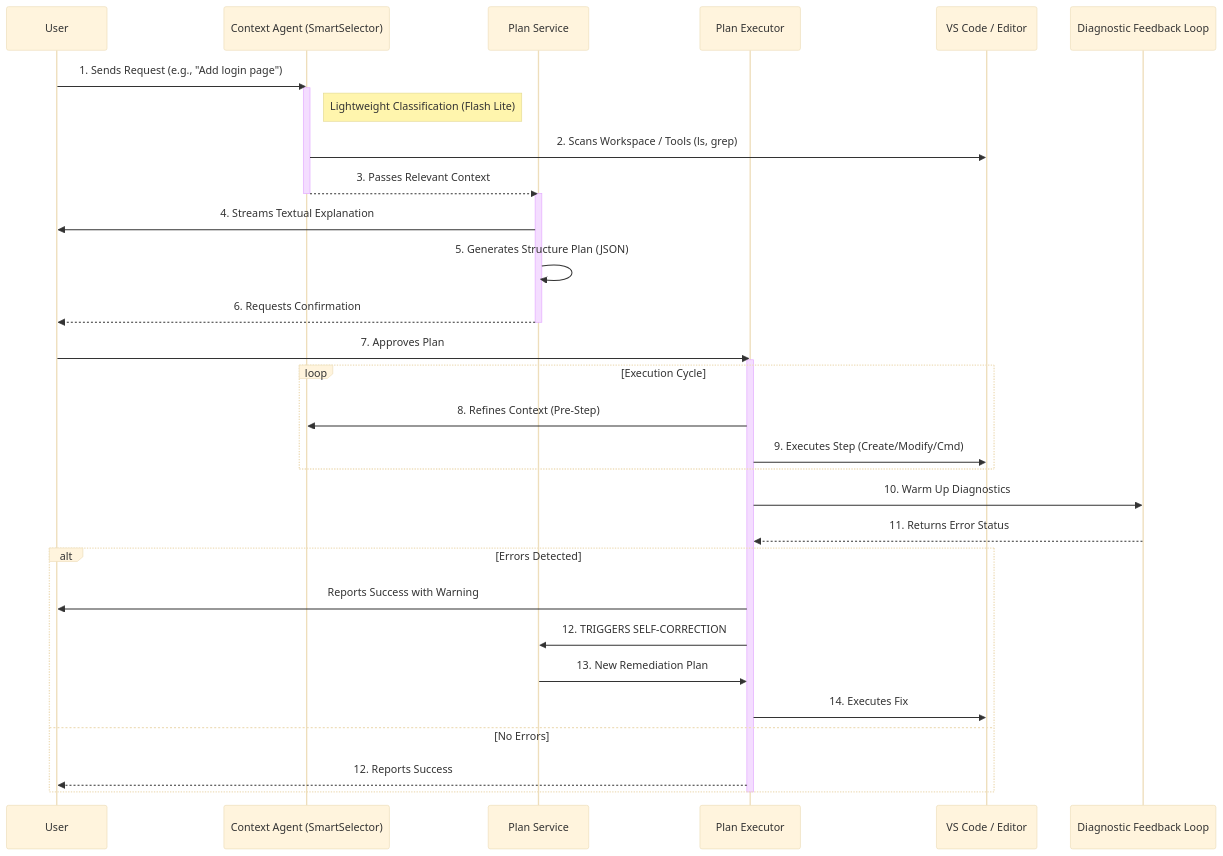
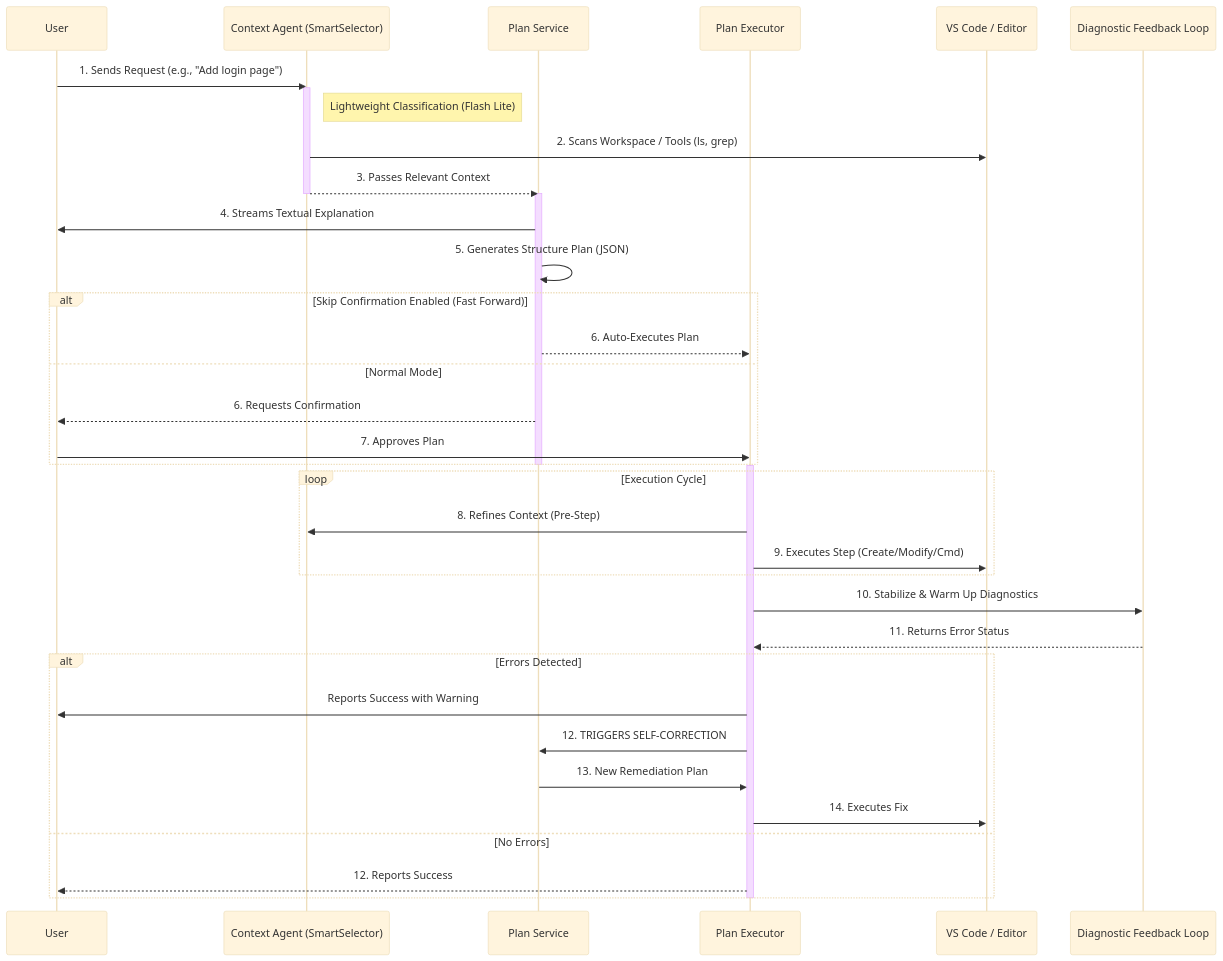
One commit to Quarantiine/minovative-mind-vscode changed the diagram in WORKFLOW_LIFECYCLE.md. Above: the diagram before and after it, drawn with Mermaid (base theme). The commit also changed other lines of this file and 29 other files, not shown here.

````diff
--- a/WORKFLOW_LIFECYCLE.md
+++ b/WORKFLOW_LIFECYCLE.md
@@ -7,44 +7,48 @@
 ```mermaid
 sequenceDiagram
     participant User
     participant ContextAgent as Context Agent (SmartSelector)
     participant Planner as Plan Service
     participant Executor as Plan Executor
     participant VSCode as VS Code / Editor
     participant Diagnostics as Diagnostic Feedback Loop
 
     User->>ContextAgent: 1. Sends Request (e.g., "Add login page")
 
     activate ContextAgent
     Note right of ContextAgent: Lightweight Classification (Flash Lite)
     ContextAgent->>VSCode: 2. Scans Workspace / Tools (ls, grep)
     ContextAgent-->>Planner: 3. Passes Relevant Context
     deactivate ContextAgent
 
     activate Planner
     Planner->>User: 4. Streams Textual Explanation
     Planner->>Planner: 5. Generates Structure Plan (JSON)
-    Planner-->>User: 6. Requests Confirmation
+
+    alt Skip Confirmation Enabled (Fast Forward)
+        Planner-->>Executor: 6. Auto-Executes Plan
+    else Normal Mode
+        Planner-->>User: 6. Requests Confirmation
+        User->>Executor: 7. Approves Plan
+    end
     deactivate Planner
-
-    User->>Executor: 7. Approves Plan
 
     activate Executor
     loop Execution Cycle
         Executor->>ContextAgent: 8. Refines Context (Pre-Step)
         Executor->>VSCode: 9. Executes Step (Create/Modify/Cmd)
     end
 
-    Executor->>Diagnostics: 10. Warm Up Diagnostics
+    Executor->>Diagnostics: 10. Stabilize & Warm Up Diagnostics
     Diagnostics-->>Executor: 11. Returns Error Status
 
     alt Errors Detected
         Executor->>User: Reports Success with Warning
         Executor->>Planner: 12. TRIGGERS SELF-CORRECTION
         Planner->>Executor: 13. New Remediation Plan
         Executor->>VSCode: 14. Executes Fix
     else No Errors
         Executor-->>User: 12. Reports Success
     end
     deactivate Executor
 ```
````
